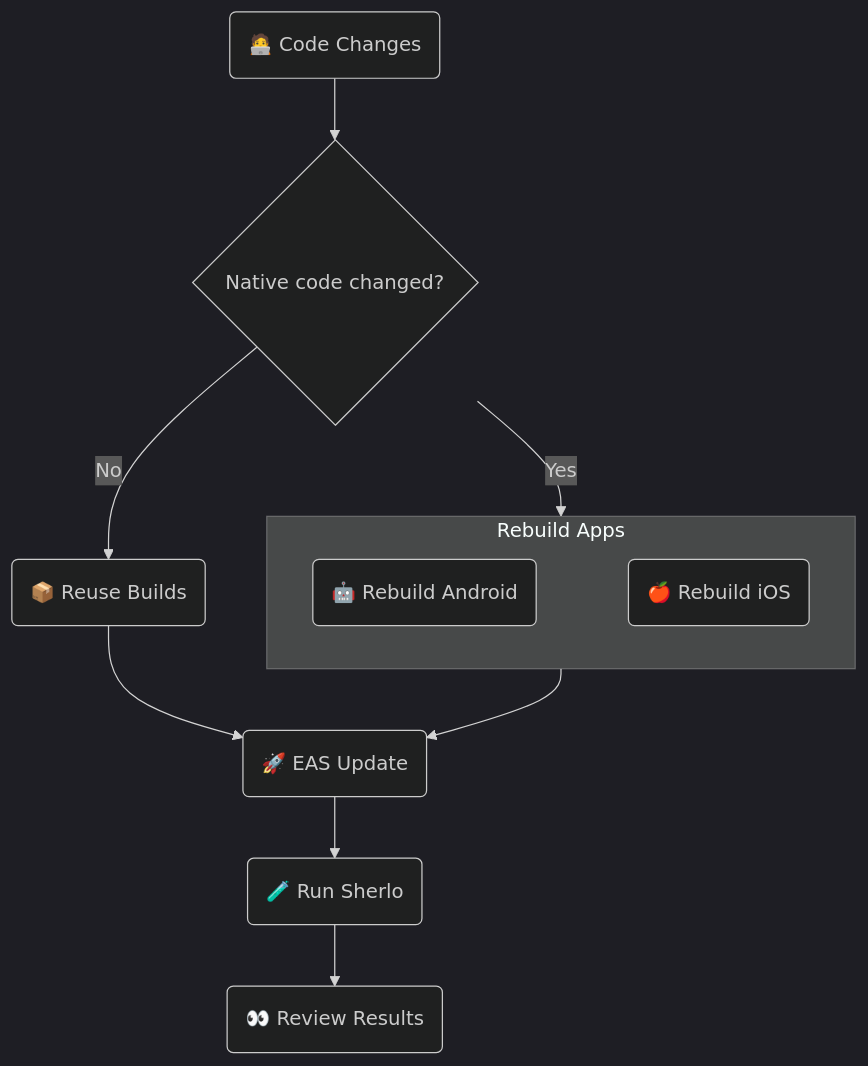
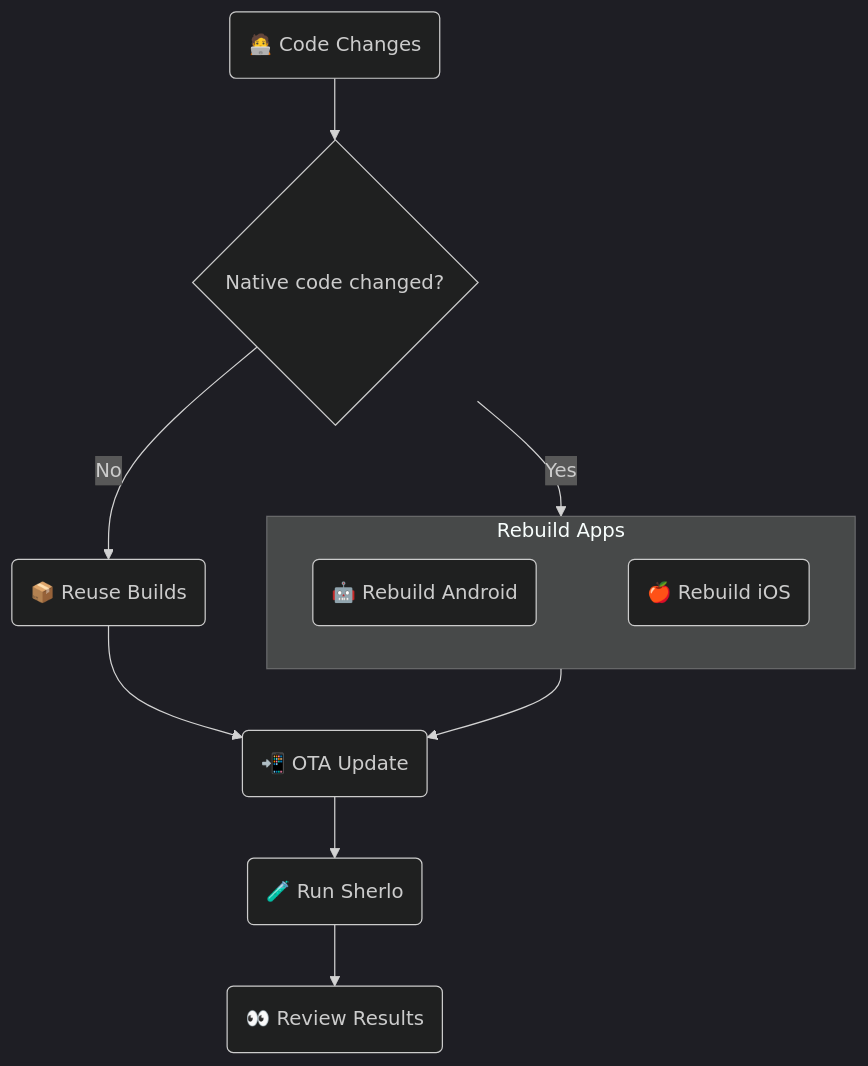
The diagram in examples/eas-update/README.md (sherlo-io/sherlo), drawn with Mermaid (dark theme) before and after one commit. The commit also changed other lines of this file and 1 other file, not shown here.

````diff
--- a/examples/eas-update/README.md
+++ b/examples/eas-update/README.md
@@ -14,21 +14,21 @@
 ```mermaid
 flowchart TB
    UI(🧑‍💻 Code Changes)
    Check{Native code changed?}
    Reuse(📦 Reuse Builds)
    subgraph Rebuild[Rebuild Apps]
       Android(🤖 Rebuild Android)
       iOS(🍎 Rebuild iOS)
       Android ~~~ iOS
    end
-   Update(🚀 EAS Update)
+   Update(📲 OTA Update)
    Sherlo(🧪 Run Sherlo)
    Review(👀 Review Results)
 
    UI --> Check
    Check -->|No| Reuse
    Check -->|Yes| Rebuild
    Reuse & Rebuild --> Update
    Update --> Sherlo
    Sherlo --> Review
 ```
````
